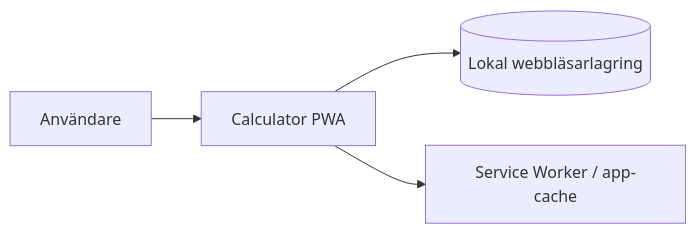
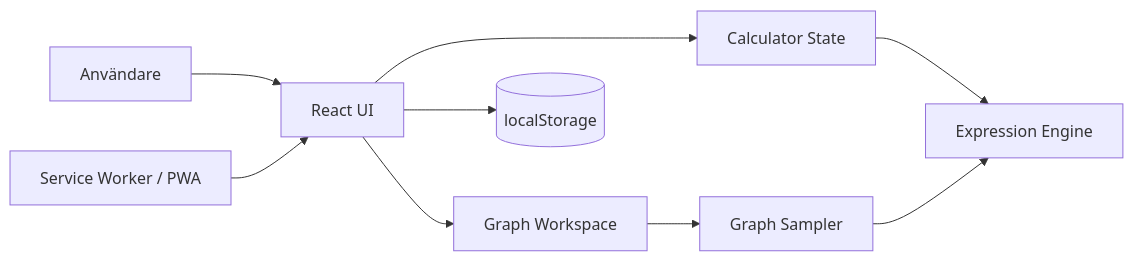
One commit to erland/pwa-calculator changed the diagram in docs/architecture.md. Above: the diagram before and after it, drawn with Mermaid. The commit also changed other lines of this file, not shown here.

Commit message:
Align architecture with graphing support

````diff
--- a/docs/architecture.md
+++ b/docs/architecture.md
@@ -18,6 +18,11 @@
 ```mermaid
 flowchart LR
-    User[Användare] --> App[Calculator PWA]
-    App --> BrowserStorage[(Lokal webbläsarlagring)]
-    App --> ServiceWorker[Service Worker / app-cache]
+    User[Användare] --> UI[React UI]
+    UI --> State[Calculator State]
+    State --> Engine[Expression Engine]
+    UI --> Graph[Graph Workspace]
+    Graph --> Sampler[Graph Sampler]
+    Sampler --> Engine
+    UI --> Storage[(localStorage)]
+    Browser[Service Worker / PWA] --> UI
 ```
````
